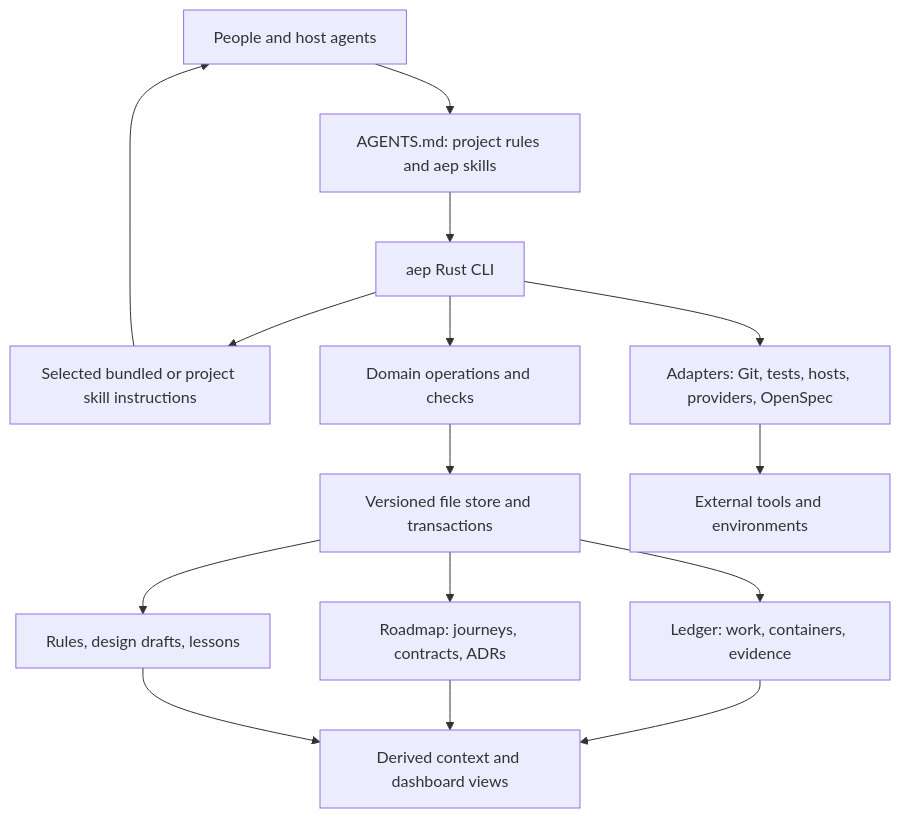
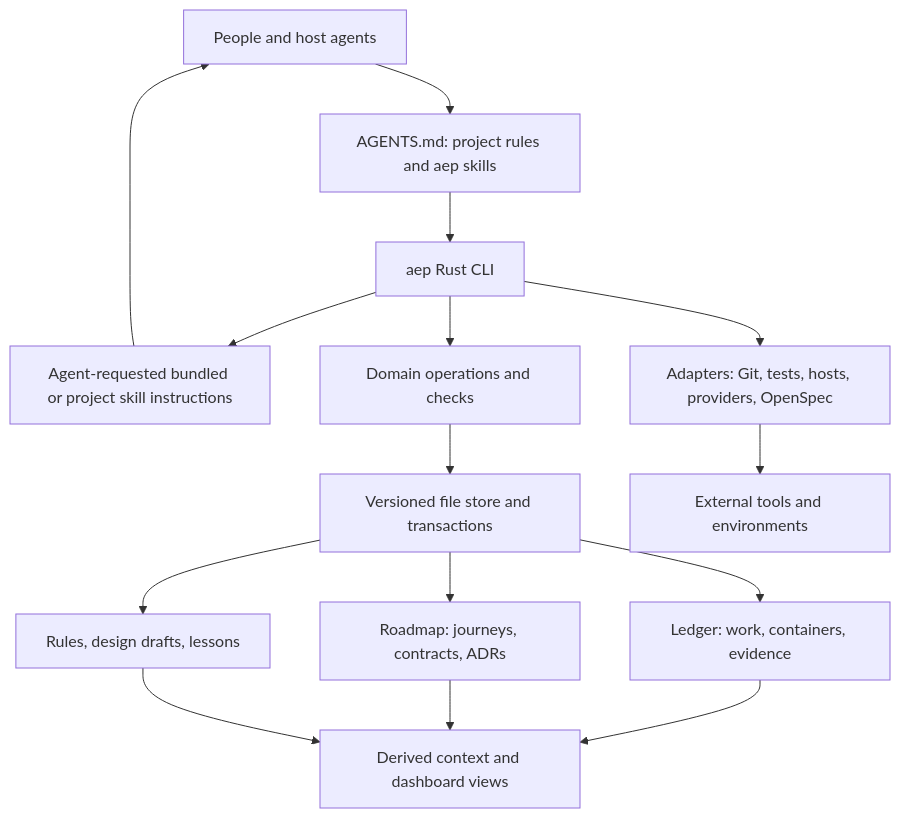
Before and after one commit to memorysaver/agentic-engineering-patterns: the diagram in docs/decisions/aep-v5-rust-cli-architecture.md, drawn with Mermaid. The commit also changed other lines of this file and 2 other files, not shown here.

Commit message:
docs: assign skill selection to the working agent

````diff
--- a/docs/decisions/aep-v5-rust-cli-architecture.md
+++ b/docs/decisions/aep-v5-rust-cli-architecture.md
@@ -32,17 +32,17 @@
 ```mermaid
 flowchart TB
     U[People and host agents] --> G[AGENTS.md: project rules and aep skills]
     G --> C[aep Rust CLI]
-    C --> S[Selected bundled or project skill instructions]
+    C --> S[Agent-requested bundled or project skill instructions]
     S --> U
     C --> D[Domain operations and checks]
     D --> T[Versioned file store and transactions]
     T --> L[Ledger: work, containers, evidence]
     T --> R[Roadmap: journeys, contracts, ADRs]
     T --> M[Rules, design drafts, lessons]
     C --> A[Adapters: Git, tests, hosts, providers, OpenSpec]
     A --> H[External tools and environments]
     L --> Q[Derived context and dashboard views]
     R --> Q
     M --> Q
 ```
````
